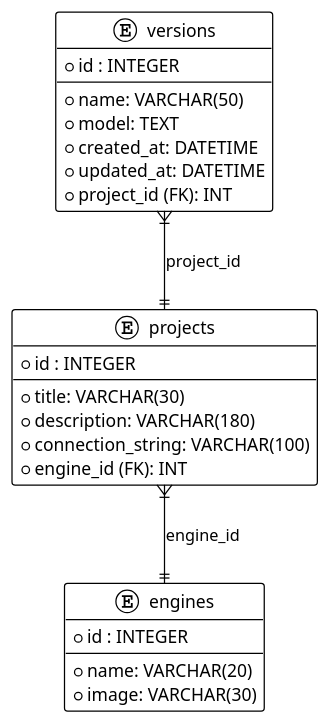
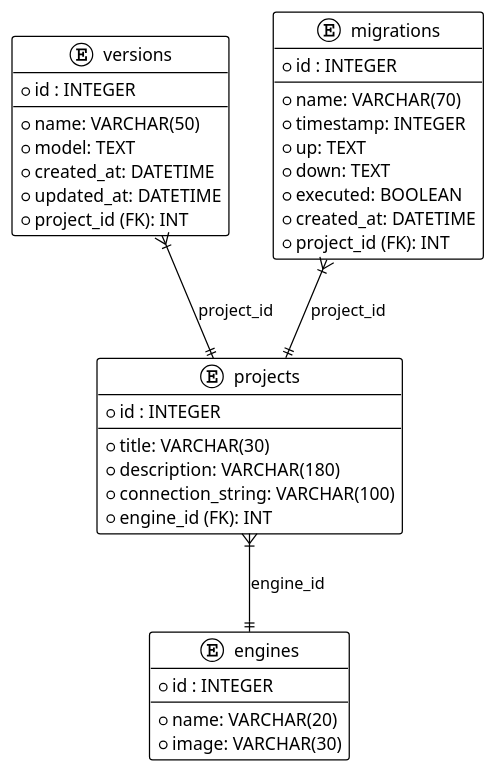
One commit to pepeul1191/flask-llm-rag-dbmate changed the diagram in docs/relation_diagram.puml. Above: the diagram before and after it, drawn with PlantUML. The commit also changed 10 other files, not shown here.

```diff
--- a/docs/relation_diagram.puml
+++ b/docs/relation_diagram.puml
@@ -1,33 +1,46 @@
 @startuml
 !theme plain
 
 entity "engines" {
   * id : INTEGER
   --
   * name: VARCHAR(20)
   * image: VARCHAR(30)
 }
 
 entity "projects" {
   * id : INTEGER
   --
   * title: VARCHAR(30)
   * description: VARCHAR(180)
   * connection_string: VARCHAR(100)
   * engine_id (FK): INT
 }
 
 entity "versions" {
   * id : INTEGER
   --
   * name: VARCHAR(50)
   * model: TEXT
   * created_at: DATETIME
   * updated_at: DATETIME
   * project_id (FK): INT
 }
 
+entity "migrations" {
+  * id : INTEGER
+  --
+  * name: VARCHAR(70)
+  * timestamp: INTEGER
+  * up: TEXT
+  * down: TEXT
+  * executed: BOOLEAN
+  * created_at: DATETIME
+  * project_id (FK): INT
+}
+
 projects }|--|| engines : engine_id
 versions }|--|| projects : project_id
+migrations }|--|| projects : project_id
 
 @enduml
```
